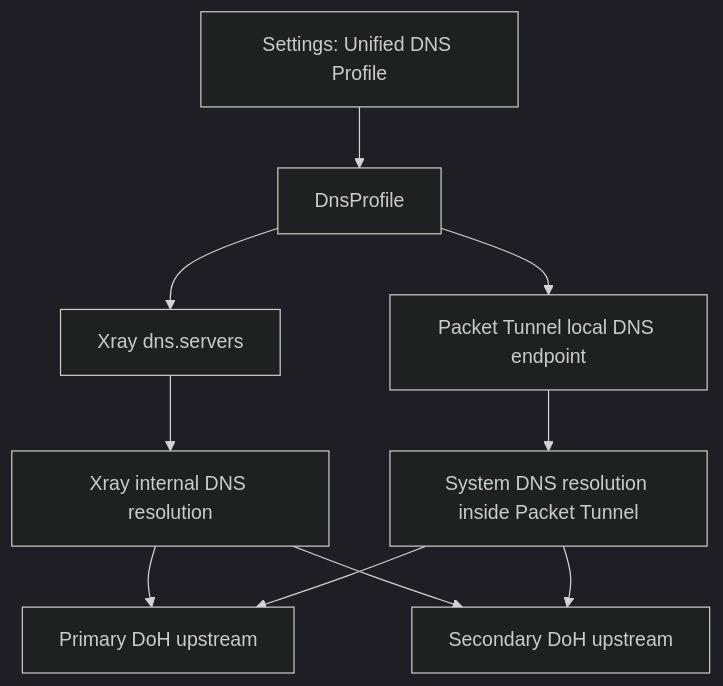
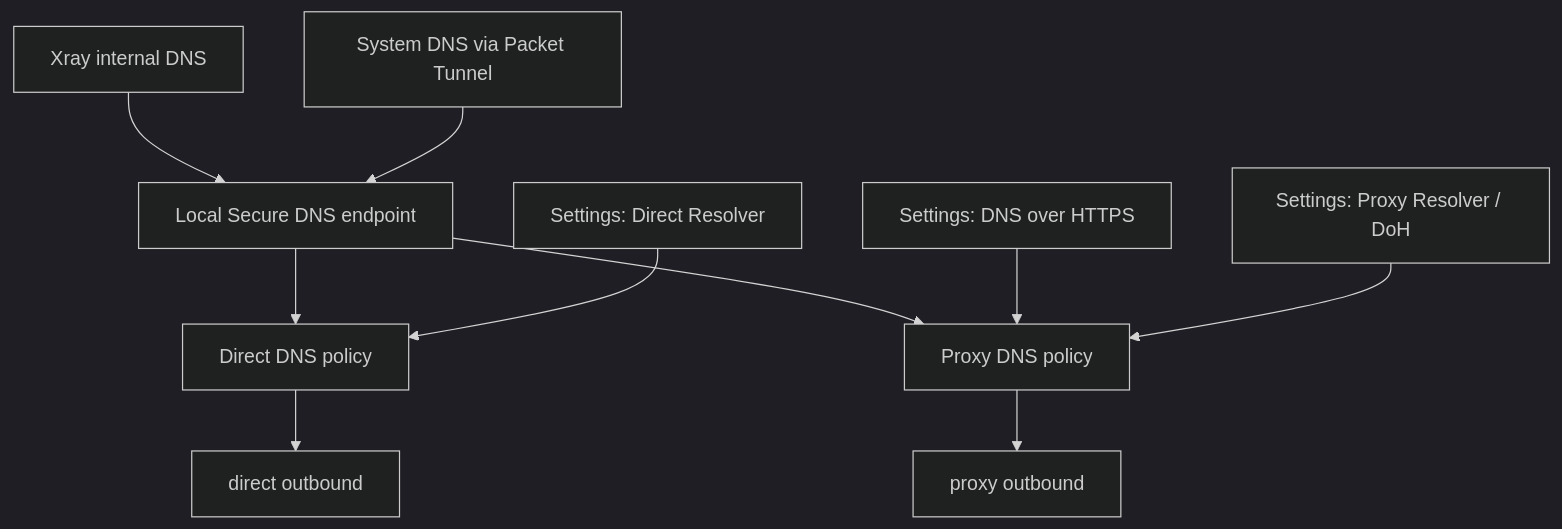
One commit to cloud-neutral-toolkit/xstream.svc.plus changed the third of 3 diagrams in docs/dns-secure-tunnel-design.md. Above: the diagram before and after it, drawn with Mermaid (dark theme). The commit also changed other lines of this file and 8 other files, not shown here.

Commit message:
Add Darwin local secure DNS routing

````diff
--- a/docs/dns-secure-tunnel-design.md
+++ b/docs/dns-secure-tunnel-design.md
@@ -80,14 +129,14 @@
 ```mermaid
 flowchart TD
-    A["Settings: Unified DNS Profile"] --> B["DnsProfile"]
-    B --> C["Xray dns.servers"]
-    B --> D["Packet Tunnel local DNS endpoint"]
+    A["Settings: Direct Resolver"] --> B["Direct DNS policy"]
+    A2["Settings: Proxy Resolver / DoH"] --> C["Proxy DNS policy"]
+    A3["Settings: DNS over HTTPS"] --> C
 
-    C --> E["Xray internal DNS resolution"]
-    D --> F["System DNS resolution inside Packet Tunnel"]
+    D["System DNS via Packet Tunnel"] --> E["Local Secure DNS endpoint"]
+    F["Xray internal DNS"] --> E
 
-    E --> G["Primary DoH upstream"]
-    E --> H["Secondary DoH upstream"]
-    F --> G
-    F --> H
+    E --> B
+    E --> C
+    B --> G["direct outbound"]
+    C --> H["proxy outbound"]
 ```
````
